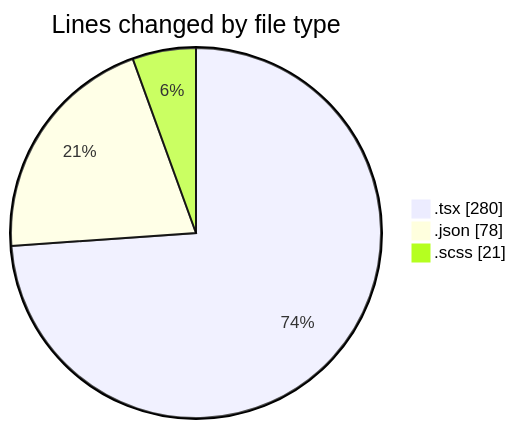
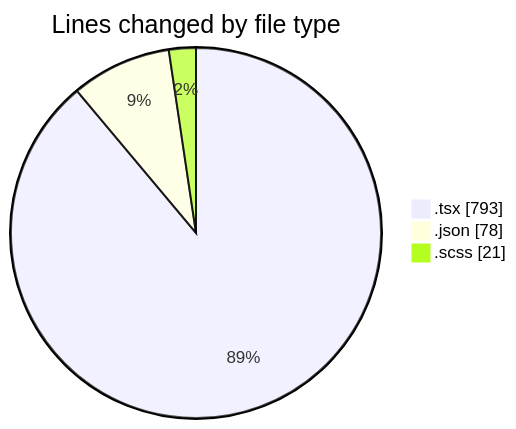
Before and after one commit to momahboobian/code-tracking: the first of 2 diagrams in 2026-09-29/cda/README.md, drawn with Mermaid. The commit also changed other lines of this file and 1 other file, not shown here.

````diff
--- a/2026-09-29/cda/README.md
+++ b/2026-09-29/cda/README.md
@@ -23,7 +25,7 @@
 ```mermaid
 pie showData
 title Lines changed by file type
-".tsx" : 280
+".tsx" : 793
 ".json" : 78
 ".scss" : 21
 ```
````
